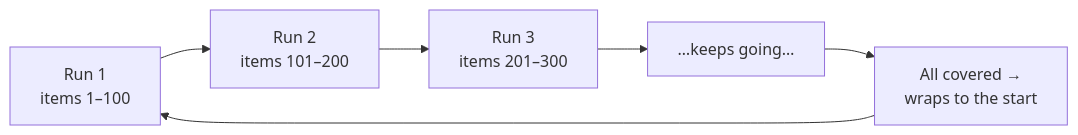
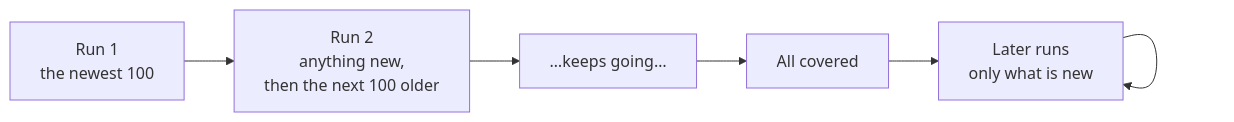
The second of 3 diagrams in apps/docs/app/sources/sampling/page.mdx (classifyre/classifyre), drawn with Mermaid before and after one commit. The commit also changed other lines of this file and 62 other files, not shown here.

````diff
--- a/apps/docs/app/sources/sampling/page.mdx
+++ b/apps/docs/app/sources/sampling/page.mdx
@@ -45,8 +47,8 @@
 ```mermaid
 graph LR
-    R1["Run 1<br/>items 1–100"] --> R2["Run 2<br/>items 101–200"]
-    R2 --> R3["Run 3<br/>items 201–300"]
-    R3 --> Dots["…keeps going…"]
-    Dots --> Wrap["All covered →<br/>wraps to the start"]
-    Wrap --> R1
+    R1["Run 1<br/>the newest 100"] --> R2["Run 2<br/>anything new,<br/>then the next 100 older"]
+    R2 --> Dots["…keeps going…"]
+    Dots --> Done["All covered"]
+    Done --> New["Later runs<br/>only what is new"]
+    New --> New
 ```
````
